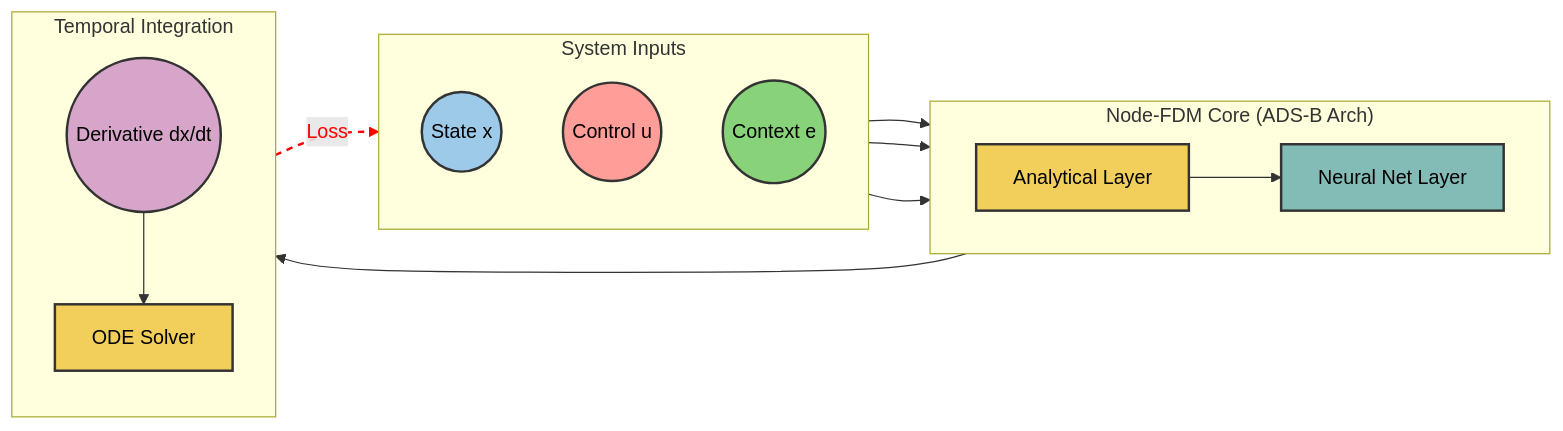
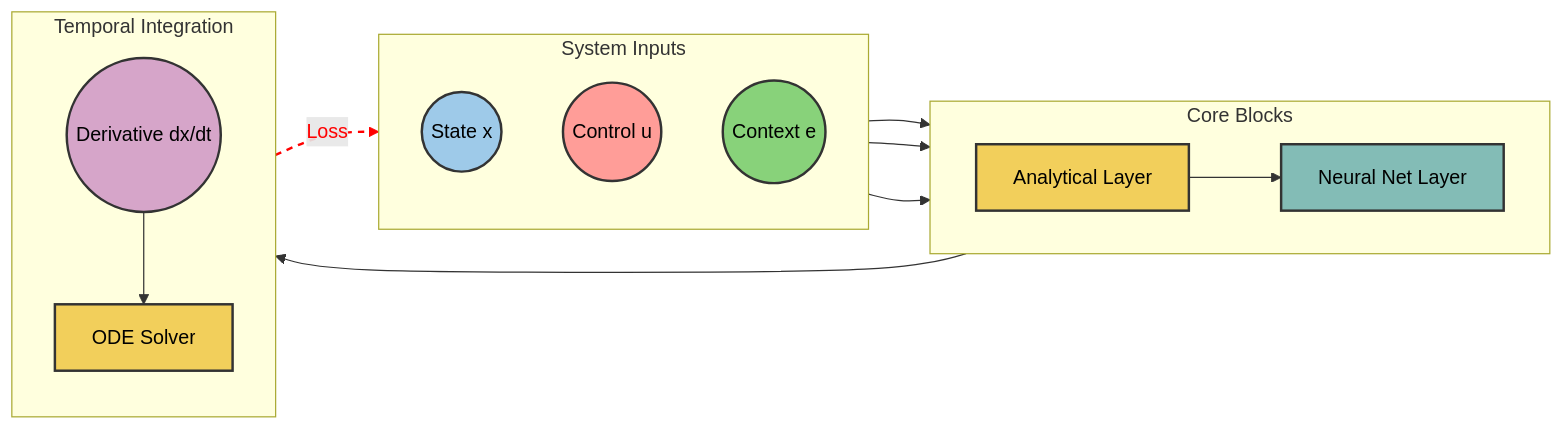
The diagram in docs/index.md (eurocontrol-asu/node-fdm), drawn with Mermaid before and after one commit. The commit also changed other lines of this file and 4 other files, not shown here.

````diff
--- a/docs/index.md
+++ b/docs/index.md
@@ -29,54 +29,54 @@
 ```mermaid
 graph LR
     subgraph Inputs ["System Inputs"]
         direction TB
         X((State x))
         U((Control u))
         E((Context e))
     end
 
-    subgraph Core ["Node-FDM Core (ADS-B Arch)"]
+    subgraph Core ["Core Blocks"]
         direction LR
         B1[Analytical Layer]
         B2[Neural Net Layer]
     end
 
     subgraph Solver ["Temporal Integration"]
         direction TB
         DX((Derivative dx/dt))
         ODE[ODE Solver]
     end
 
     %% Connexions (Ordre strict pour l'index linkStyle)
     %% Index 0, 1, 2
     X --> B1
     U --> B1
     E --> B1
     %% Index 3
     B1 --> B2
     %% Index 4
     B2 --> DX
     %% Index 5
     DX --> ODE
     
     %% Index 6 : Feedback Loop (Cible pour le style rouge)
     ODE -.->|Loss| X
 
     %% Styles
     classDef cInput fill:#9ECAE9,stroke:#333,stroke-width:2px,color:black
     classDef cControl fill:#FF9D98,stroke:#333,stroke-width:2px,color:black
     classDef cContext fill:#88D27A,stroke:#333,stroke-width:2px,color:black
     classDef cAnalytics fill:#F2CF5B,stroke:#333,stroke-width:2px,color:black
     classDef cNeural fill:#83BCB6,stroke:#333,stroke-width:2px,color:black
     classDef cDerivative fill:#D6A5C9,stroke:#333,stroke-width:2px,color:black
 
     class X cInput
     class U cControl
     class E cContext
     class B1,ODE cAnalytics
     class B2 cNeural
     class DX cDerivative
 
     %% Application du style rouge sur le lien d'index 6
     linkStyle 6 stroke:red,stroke-width:2px,stroke-dasharray: 5 5,color:red
 ```
````
